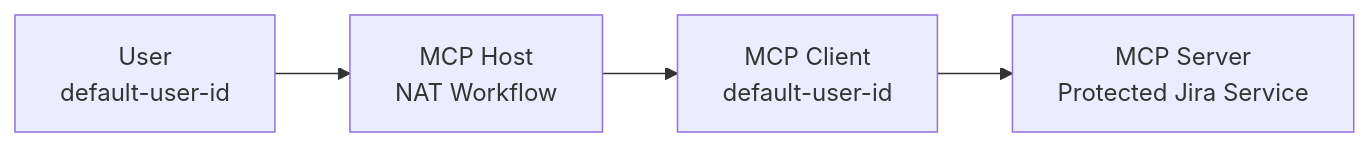
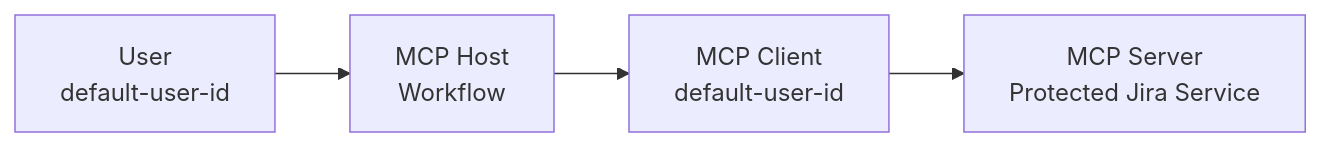
Before and after one commit to yifei-gpt/NeMo-Agent-Toolkit: the first of 2 diagrams in docs/source/components/auth/mcp-auth/index.md, drawn with Mermaid. The commit also changed other lines of this file and 110 other files, not shown here.

````diff
--- a/docs/source/components/auth/mcp-auth/index.md
+++ b/docs/source/components/auth/mcp-auth/index.md
@@ -121,6 +121,6 @@
 ```mermaid
 flowchart LR
-  U[User<br/>default-user-id] --> H[MCP Host<br/>NAT Workflow]
+  U[User<br/>default-user-id] --> H[MCP Host<br/>Workflow]
   H --> C[MCP Client<br/>default-user-id]
   C --> S[MCP Server<br/>Protected Jira Service]
 ```
````
